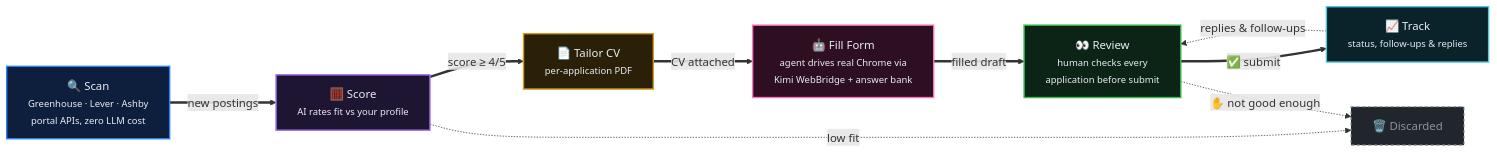
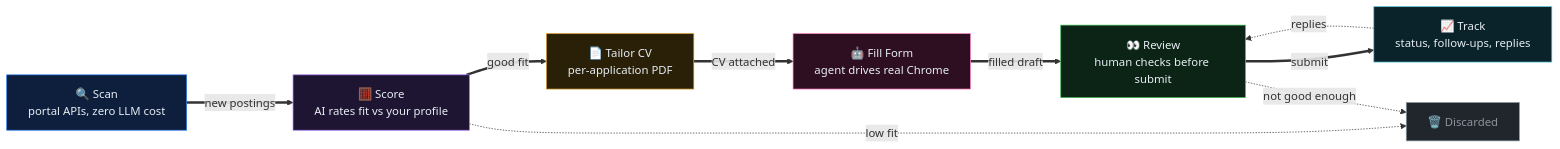
One commit to ankit-songara/career-autopilot changed the diagram in README.md. Above: the diagram before and after it, drawn with Mermaid. The commit also changed other lines of this file and 16 other files, not shown here.

````diff
--- a/README.md
+++ b/README.md
@@ -11,26 +12,26 @@
 ```mermaid
 flowchart LR
-    A["🔍 Scan<br/><small>Greenhouse · Lever · Ashby<br/>portal APIs, zero LLM cost</small>"]
-    B["🧮 Score<br/><small>AI rates fit vs your profile</small>"]
-    C["📄 Tailor CV<br/><small>per-application PDF</small>"]
-    D["🤖 Fill Form<br/><small>agent drives real Chrome via<br/>Kimi WebBridge + answer bank</small>"]
-    E["👀 Review<br/><small>human checks every<br/>application before submit</small>"]
-    F["📈 Track<br/><small>status, follow-ups & replies</small>"]
+    A["🔍 Scan<br/>portal APIs, zero LLM cost"]
+    B["🧮 Score<br/>AI rates fit vs your profile"]
+    C["📄 Tailor CV<br/>per-application PDF"]
+    D["🤖 Fill Form<br/>agent drives real Chrome"]
+    E["👀 Review<br/>human checks before submit"]
+    F["📈 Track<br/>status, follow-ups, replies"]
 
     A ==>|new postings| B
-    B ==>|score ≥ 4/5| C
+    B ==>|good fit| C
     B -.->|low fit| X["🗑️ Discarded"]
     C ==>|CV attached| D
     D ==>|filled draft| E
-    E ==>|✅ submit| F
-    E -.->|✋ not good enough| X
-    F -.->|replies & follow-ups| E
+    E ==>|submit| F
+    E -.->|not good enough| X
+    F -.->|replies| E
 
-    style A fill:#0d1f3c,stroke:#2f81f7,stroke-width:2px,color:#e6edf3
-    style B fill:#1e1533,stroke:#a371f7,stroke-width:2px,color:#e6edf3
-    style C fill:#2a2008,stroke:#d29922,stroke-width:2px,color:#e6edf3
-    style D fill:#2e0f21,stroke:#f778ba,stroke-width:2px,color:#e6edf3
-    style E fill:#0c2416,stroke:#3fb950,stroke-width:2px,color:#e6edf3
-    style F fill:#0a2229,stroke:#58c4dc,stroke-width:2px,color:#e6edf3
-    style X fill:#21262d,stroke:#8b949e,stroke-width:1.5px,stroke-dasharray:4,color:#8b949e
+    style A fill:#0d1f3c,stroke:#2f81f7,color:#e6edf3
+    style B fill:#1e1533,stroke:#a371f7,color:#e6edf3
+    style C fill:#2a2008,stroke:#d29922,color:#e6edf3
+    style D fill:#2e0f21,stroke:#f778ba,color:#e6edf3
+    style E fill:#0c2416,stroke:#3fb950,color:#e6edf3
+    style F fill:#0a2229,stroke:#58c4dc,color:#e6edf3
+    style X fill:#21262d,stroke:#8b949e,color:#8b949e
 ```
````
